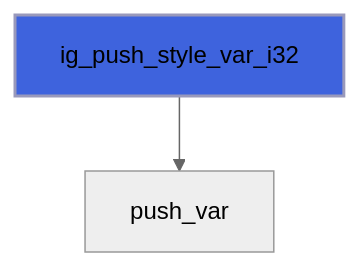
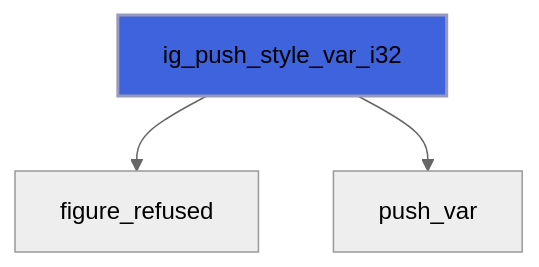
Before and after one commit to szaghi/figure: diagram 12 of 44 in docs/api/src/lib/figure_style.md, drawn with Mermaid (neutral theme). The commit also changed other lines of this file and 10 other files, not shown here.

````diff
--- a/docs/api/src/lib/figure_style.md
+++ b/docs/api/src/lib/figure_style.md
@@ -432,5 +454,6 @@
 ```mermaid
 flowchart TD
+  ig_push_style_var_i32["ig_push_style_var_i32"] --> figure_refused["figure_refused"]
   ig_push_style_var_i32["ig_push_style_var_i32"] --> push_var["push_var"]
   style ig_push_style_var_i32 fill:#3e63dd,stroke:#99b,stroke-width:2px
 ```
````
